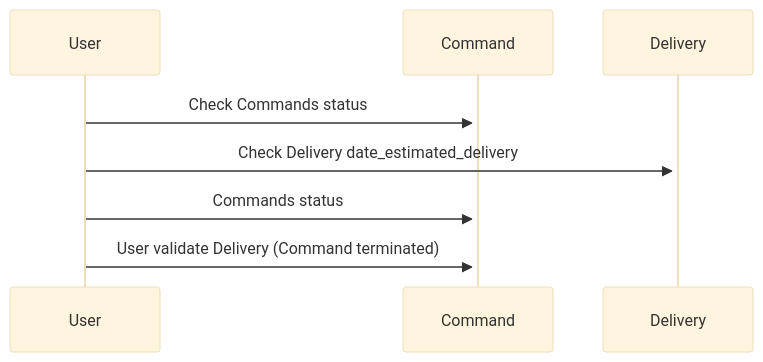
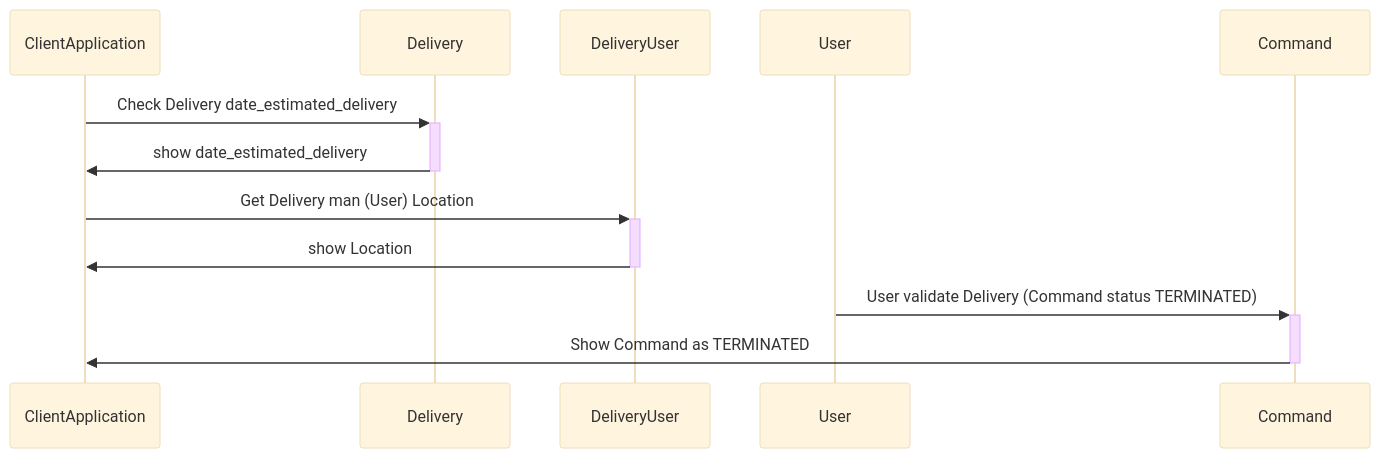
One commit to joussin/api_allopico_old changed the fourth of 6 diagrams in readme.md. Above: the diagram before and after it, drawn with Mermaid (base theme). The commit also changed other lines of this file, not shown here.

````diff
--- a/readme.md
+++ b/readme.md
@@ -240,22 +240,18 @@
 ```mermaid
 sequenceDiagram
+  
+ClientApplication->>+Delivery: Check Delivery date_estimated_delivery
 
-  
+Delivery->>-ClientApplication: show date_estimated_delivery
 
-User->>+Command: Check Commands status
 
-  
+ClientApplication->>+DeliveryUser: Get Delivery man (User) Location
 
-User->>+Delivery: Check Delivery date_estimated_delivery
+DeliveryUser->>-ClientApplication: show Location
 
-  
 
-User->>+Command: Commands status
+User->>+Command: User validate Delivery (Command status TERMINATED)
 
-  
-
-User->>+Command: User validate Delivery (Command terminated)
-
-  
+Command->>-ClientApplication: Show Command as TERMINATED
 
 ```
````
